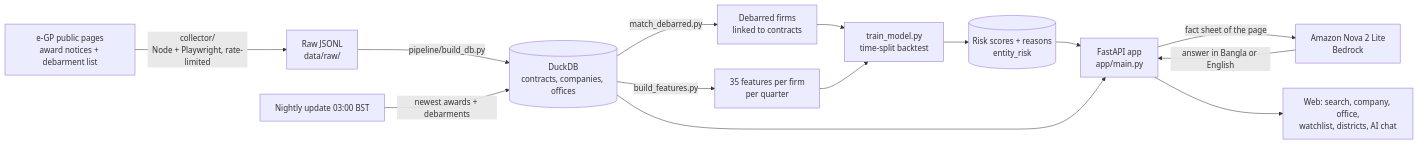
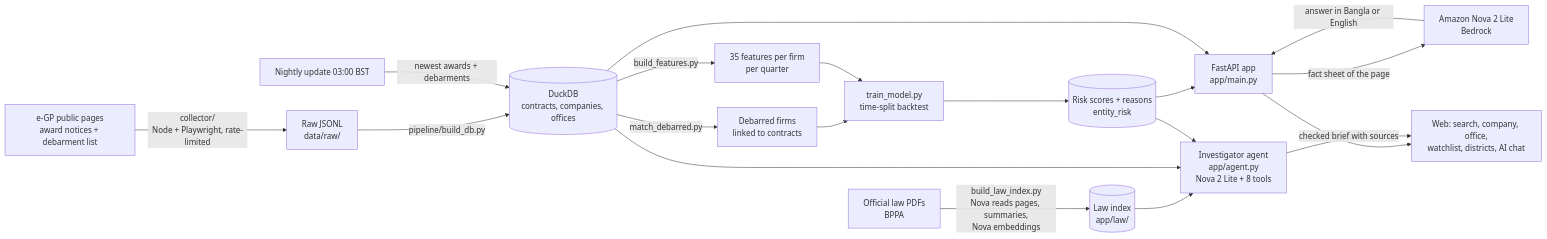
Before and after one commit to Eusha122/Prohori: the diagram in README.md, drawn with Mermaid. The commit also changed other lines of this file and 18 other files, not shown here.

Commit message:
Add investigator agent, procurement law search and brief PDF download

````diff
--- a/README.md
+++ b/README.md
@@ -45,16 +47,21 @@
 ```mermaid
 flowchart LR
     A["e-GP public pages<br/>award notices + debarment list"] -->|"collector/<br/>Node + Playwright, rate-limited"| B["Raw JSONL<br/>data/raw/"]
     B -->|"pipeline/build_db.py"| C[("DuckDB<br/>contracts, companies, offices")]
     C -->|"match_debarred.py"| D["Debarred firms<br/>linked to contracts"]
     C -->|"build_features.py"| E["35 features per firm<br/>per quarter"]
     D --> F["train_model.py<br/>time-split backtest"]
     E --> F
     F --> G[("Risk scores + reasons<br/>entity_risk")]
     G --> H["FastAPI app<br/>app/main.py"]
     C --> H
     H -->|"fact sheet of the page"| I["Amazon Nova 2 Lite<br/>Bedrock"]
     I -->|"answer in Bangla or English"| H
     H --> J["Web: search, company, office,<br/>watchlist, districts, AI chat"]
     K["Nightly update 03:00 BST"] -->|"newest awards + debarments"| C
+    L["Official law PDFs<br/>BPPA"] -->|"build_law_index.py<br/>Nova reads pages, summaries,<br/>Nova embeddings"| M[("Law index<br/>app/law/")]
+    M --> N["Investigator agent<br/>app/agent.py<br/>Nova 2 Lite + 8 tools"]
+    C --> N
+    G --> N
+    N -->|"checked brief with sources"| J
 ```
````
